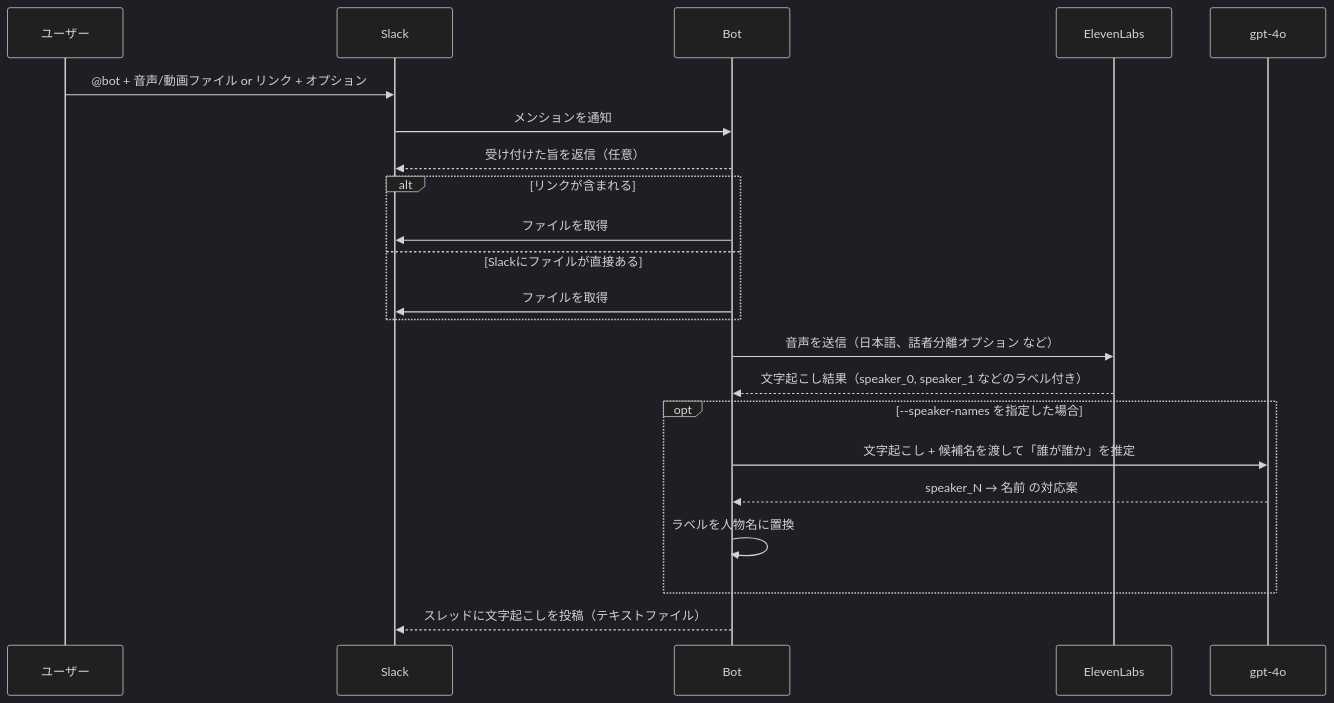
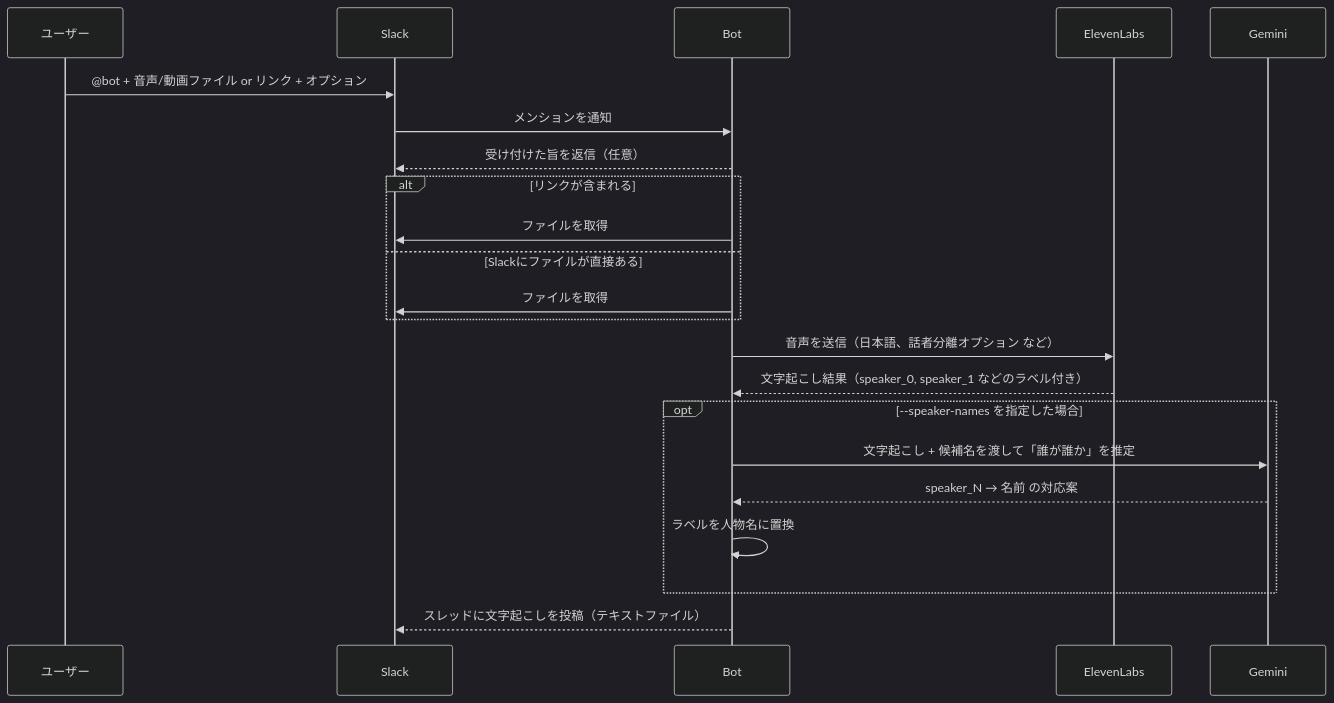
Before and after one commit to ele-inc/elevenlabs-transcribe-bot: the diagram in README.md, drawn with Mermaid (dark theme). The commit also changed other lines of this file, not shown here.

````diff
--- a/README.md
+++ b/README.md
@@ -365,29 +365,29 @@
 ```mermaid
 sequenceDiagram
   participant U as ユーザー
   participant S as Slack
   participant B as Bot
   participant EL as ElevenLabs
-  participant OA as gpt-4o
+  participant GE as Gemini
 
   U->>S: @bot + 音声/動画ファイル or リンク + オプション
   S->>B: メンションを通知
   B-->>S: 受け付けた旨を返信（任意）
 
   alt リンクが含まれる
     B->>S: ファイルを取得
   else Slackにファイルが直接ある
     B->>S: ファイルを取得
   end
 
   B->>EL: 音声を送信（日本語、話者分離オプション など）
   EL-->>B: 文字起こし結果（speaker_0, speaker_1 などのラベル付き）
 
   opt --speaker-names を指定した場合
-    B->>OA: 文字起こし + 候補名を渡して「誰が誰か」を推定
-    OA-->>B: speaker_N → 名前 の対応案
+    B->>GE: 文字起こし + 候補名を渡して「誰が誰か」を推定
+    GE-->>B: speaker_N → 名前 の対応案
     B->>B: ラベルを人物名に置換
   end
 
   B-->>S: スレッドに文字起こしを投稿（テキストファイル）
 ```
````
